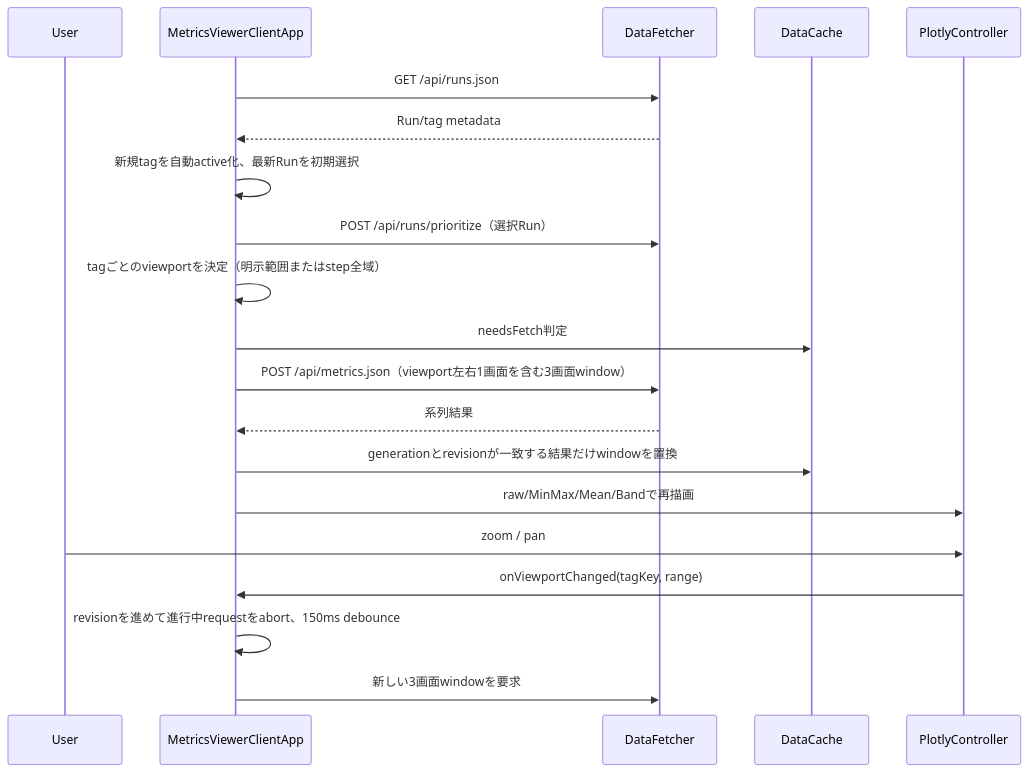
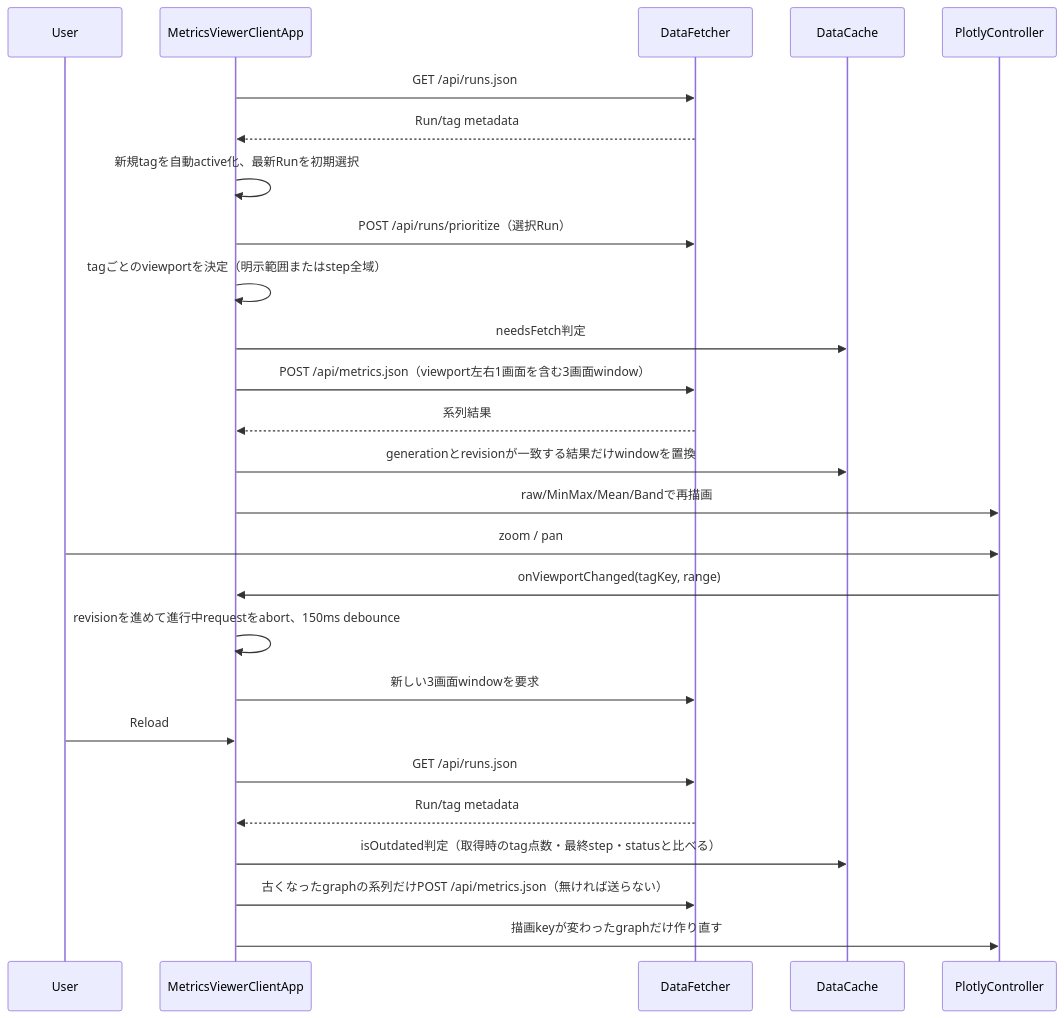
Before and after one commit to kazukin123/anet-lab: the fifth of 5 diagrams in docs/design/210_metrics_viewer.jp.md, drawn with Mermaid. The commit also changed other lines of this file and 8 other files, not shown here.

````diff
--- a/docs/design/210_metrics_viewer.jp.md
+++ b/docs/design/210_metrics_viewer.jp.md
@@ -518,24 +521,31 @@
 ```mermaid
 sequenceDiagram
     participant U as User
     participant A as MetricsViewerClientApp
     participant F as DataFetcher
     participant K as DataCache
     participant P as PlotlyController
 
     A->>F: GET /api/runs.json
     F-->>A: Run/tag metadata
     A->>A: 新規tagを自動active化、最新Runを初期選択
     A->>F: POST /api/runs/prioritize（選択Run）
     A->>A: tagごとのviewportを決定（明示範囲またはstep全域）
     A->>K: needsFetch判定
     A->>F: POST /api/metrics.json（viewport左右1画面を含む3画面window）
     F-->>A: 系列結果
     A->>K: generationとrevisionが一致する結果だけwindowを置換
     A->>P: raw/MinMax/Mean/Bandで再描画
 
     U->>P: zoom / pan
     P->>A: onViewportChanged(tagKey, range)
     A->>A: revisionを進めて進行中requestをabort、150ms debounce
     A->>F: 新しい3画面windowを要求
+
+    U->>A: Reload
+    A->>F: GET /api/runs.json
+    F-->>A: Run/tag metadata
+    A->>K: isOutdated判定（取得時のtag点数・最終step・statusと比べる）
+    A->>F: 古くなったgraphの系列だけPOST /api/metrics.json（無ければ送らない）
+    A->>P: 描画keyが変わったgraphだけ作り直す
 ```
````
